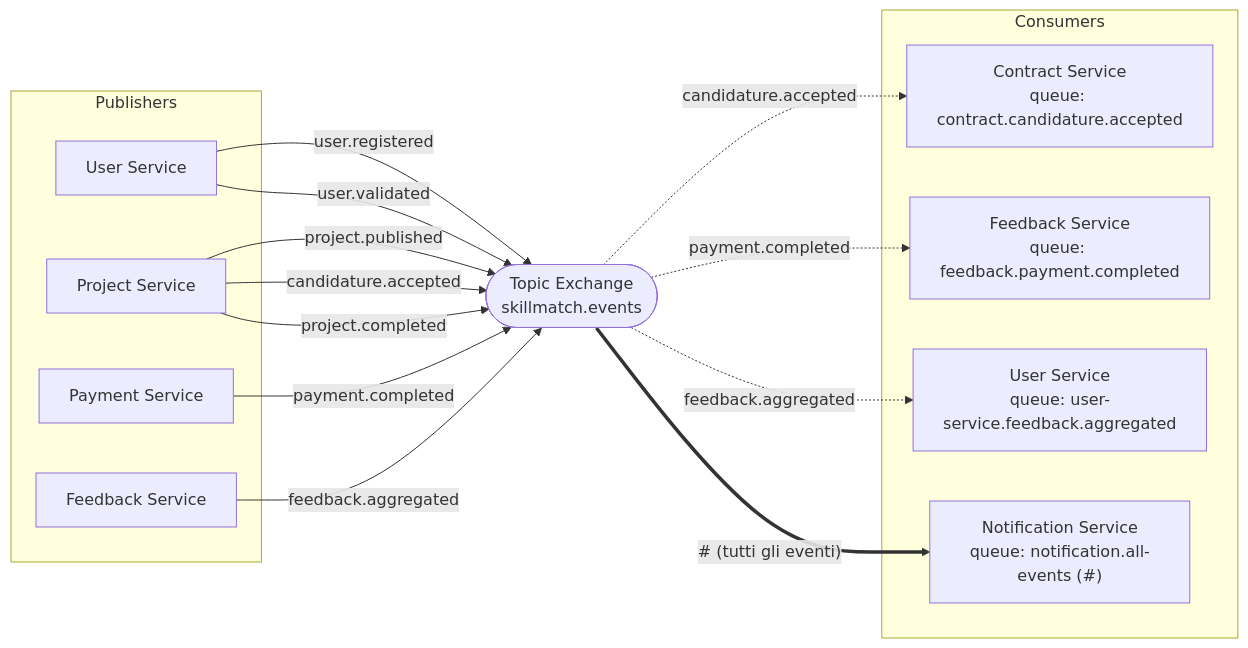
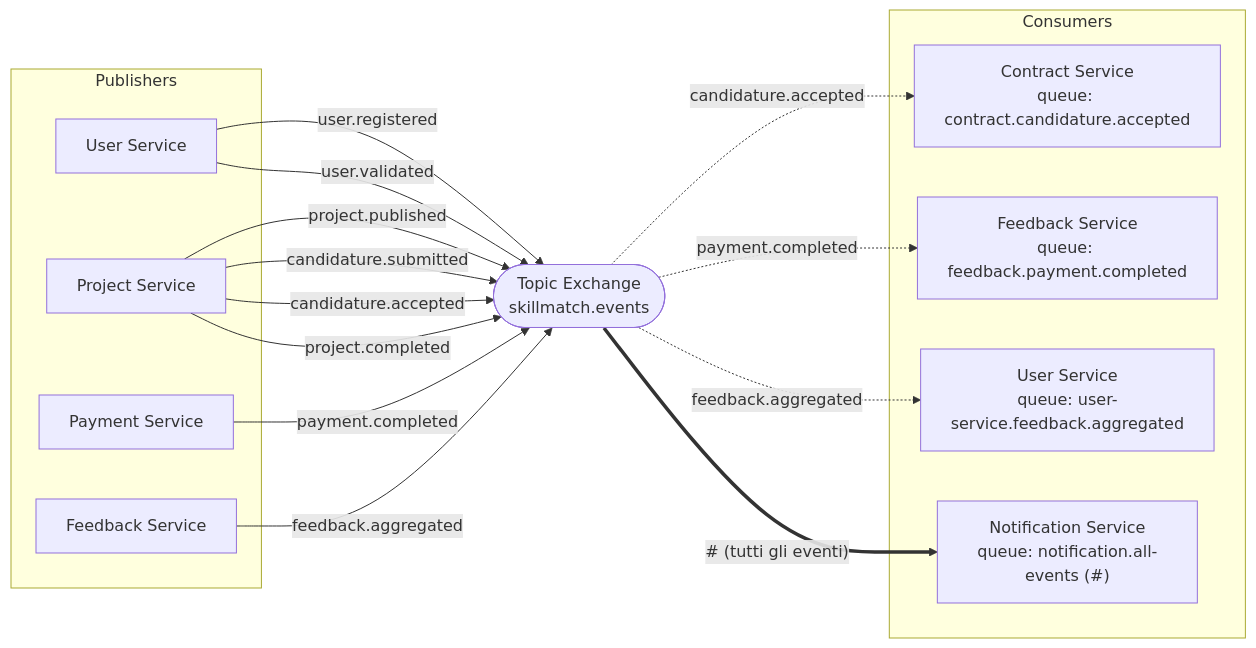
Before and after one commit to aandrioli62/skillmatch-2026: the diagram in docs/events.md, drawn with Mermaid. The commit also changed other lines of this file and 79 other files, not shown here.

````diff
--- a/docs/events.md
+++ b/docs/events.md
@@ -9,31 +9,32 @@
 ```mermaid
 flowchart LR
     subgraph Publishers
         US["User Service"]
         PS["Project Service"]
         PAY["Payment Service"]
         FS["Feedback Service"]
     end
 
     EX(["Topic Exchange<br/>skillmatch.events"])
 
     subgraph Consumers
         CS["Contract Service<br/>queue: contract.candidature.accepted"]
         FSQ["Feedback Service<br/>queue: feedback.payment.completed"]
         USQ["User Service<br/>queue: user-service.feedback.aggregated"]
         NS["Notification Service<br/>queue: notification.all-events (#)"]
     end
 
     US -- "user.registered" --> EX
     US -- "user.validated" --> EX
     PS -- "project.published" --> EX
+    PS -- "candidature.submitted" --> EX
     PS -- "candidature.accepted" --> EX
     PS -- "project.completed" --> EX
     PAY -- "payment.completed" --> EX
     FS -- "feedback.aggregated" --> EX
 
     EX -. "candidature.accepted" .-> CS
     EX -. "payment.completed" .-> FSQ
     EX -. "feedback.aggregated" .-> USQ
     EX == "# (tutti gli eventi)" ==> NS
 ```
````
